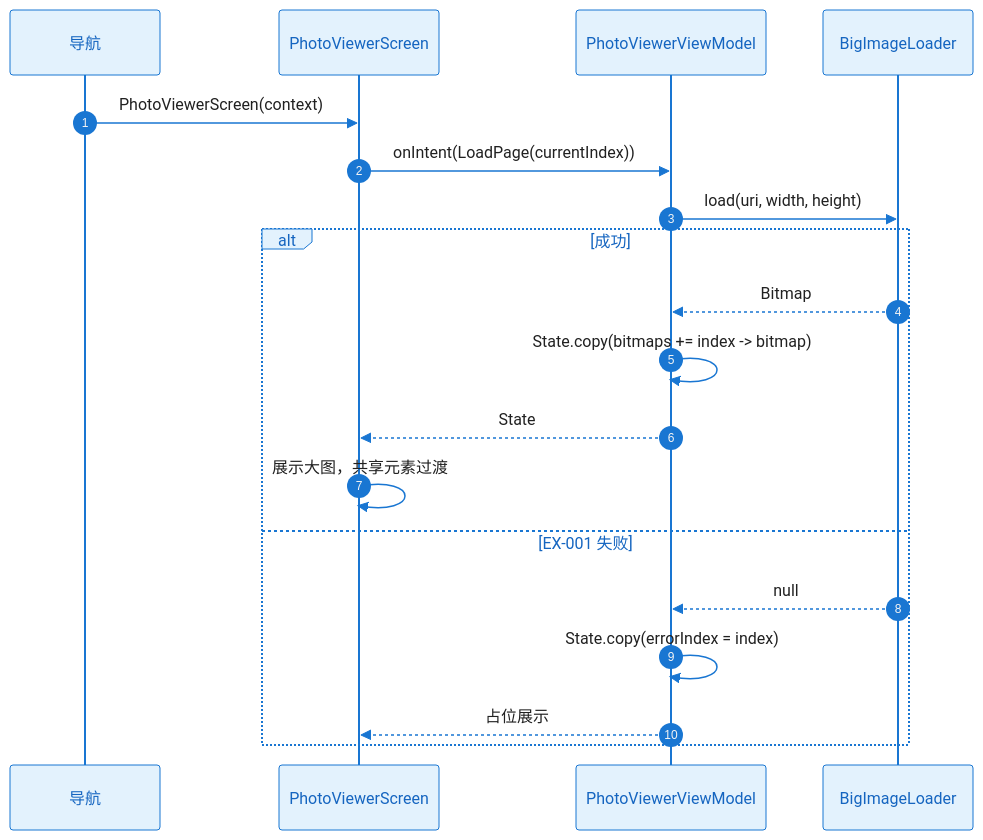
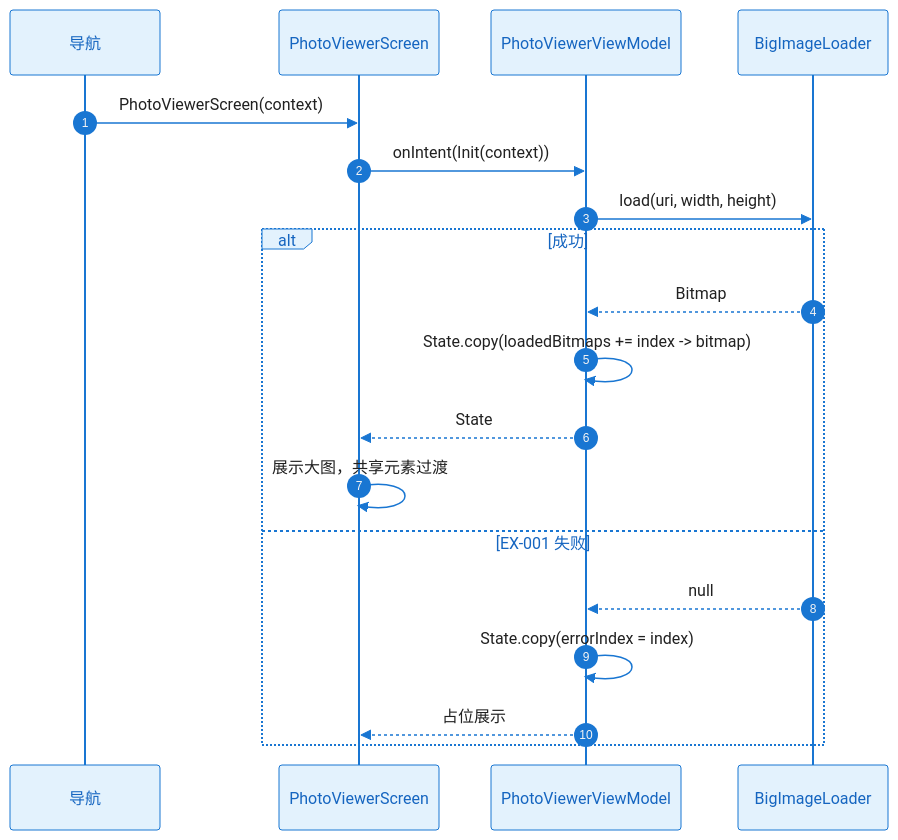
The fourth of 8 diagrams in specs/epics/EPIC-004-android-gallery/features/FEAT-004-photo-viewer/story_detail_design.md (jackykarma/Verity), drawn with Mermaid before and after one commit. The commit also changed other lines of this file and 70 other files, not shown here.

First line of the commit message:
✨ feat(大图浏览): 实现 FEAT-004 大图预览与多格式支持

````diff
--- a/specs/epics/EPIC-004-android-gallery/features/FEAT-004-photo-viewer/story_detail_design.md
+++ b/specs/epics/EPIC-004-android-gallery/features/FEAT-004-photo-viewer/story_detail_design.md
@@ -240,24 +241,24 @@
 ```mermaid
 %%{init: {'theme': 'base', 'themeVariables': { 'actorBkg': '#E3F2FD', 'actorBorder': '#1976D2', 'actorTextColor': '#1565C0', 'signalColor': '#1976D2', 'signalTextColor': '#212121', 'noteBkgColor': '#FFF8E1', 'noteBorderColor': '#FFC107'}}}%%
 sequenceDiagram
     autonumber
 
     participant Nav as 导航
     participant UI as PhotoViewerScreen
     participant VM as PhotoViewerViewModel
     participant Loader as BigImageLoader
 
     Nav->>UI: PhotoViewerScreen(context)
-    UI->>VM: onIntent(LoadPage(currentIndex))
+    UI->>VM: onIntent(Init(context))
     VM->>Loader: load(uri, width, height)
     alt 成功
         Loader-->>VM: Bitmap
-        VM->>VM: State.copy(bitmaps += index -> bitmap)
+        VM->>VM: State.copy(loadedBitmaps += index -> bitmap)
         VM-->>UI: State
         UI->>UI: 展示大图，共享元素过渡
     else EX-001 失败
         Loader-->>VM: null
         VM->>VM: State.copy(errorIndex = index)
         VM-->>UI: 占位展示
     end
 ```
````
